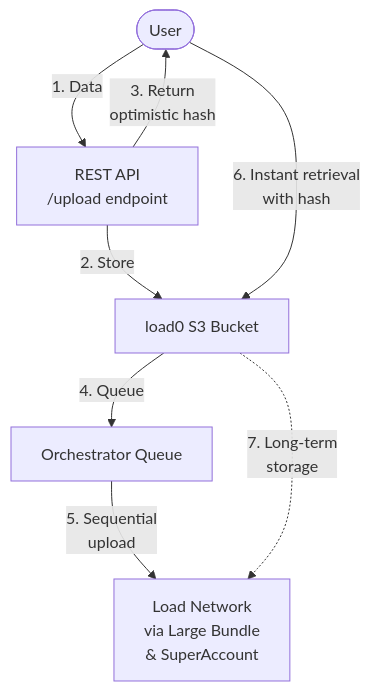
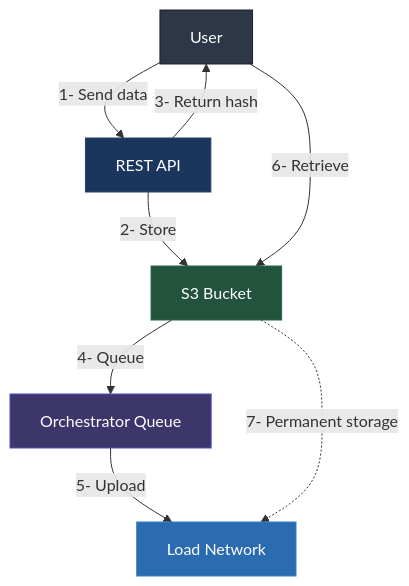
Before and after one commit to loadnetwork/load0: the diagram in README.md, drawn with Mermaid.

Commit message:
docs: fix mermaid github list resolving

````diff
--- a/README.md
+++ b/README.md
@@ -18,10 +18,15 @@
 ```mermaid
 flowchart TB
-    User([User]) -->|1. Data| API["REST API\n/upload endpoint"]
-    API -->|2. Store| S3["load0 S3 Bucket"]
-    API -->|3. Return\noptimistic hash| User
-    S3 -->|4. Queue| Queue["Orchestrator Queue"]
-    Queue -->|5. Sequential\nupload| LoadNetwork["Load Network\nvia Large Bundle\n& SuperAccount"]
-    User -->|6. Instant retrieval\nwith hash| S3
-    S3 -.->|7. Long-term\nstorage| LoadNetwork
+    user[User] -->|1- Send data| api[REST API]
+    api -->|2- Store| s3[S3 Bucket]
+    api -->|3- Return hash| user
+    s3 -->|4- Queue| queue[Orchestrator Queue]
+    queue -->|5- Upload| load[Load Network]
+    user -->|6- Retrieve| s3
+    s3 -.->|7- Permanent storage| load
+    style user fill:#2d3748,stroke:#1a202c,color:#fff
+    style api fill:#1a365d,stroke:#2a4365,color:#fff
+    style s3 fill:#22543d,stroke:#276749,color:#fff
+    style queue fill:#3c366b,stroke:#4c51bf,color:#fff
+    style load fill:#2b6cb0,stroke:#3182ce,color:#fff
 ```
````
